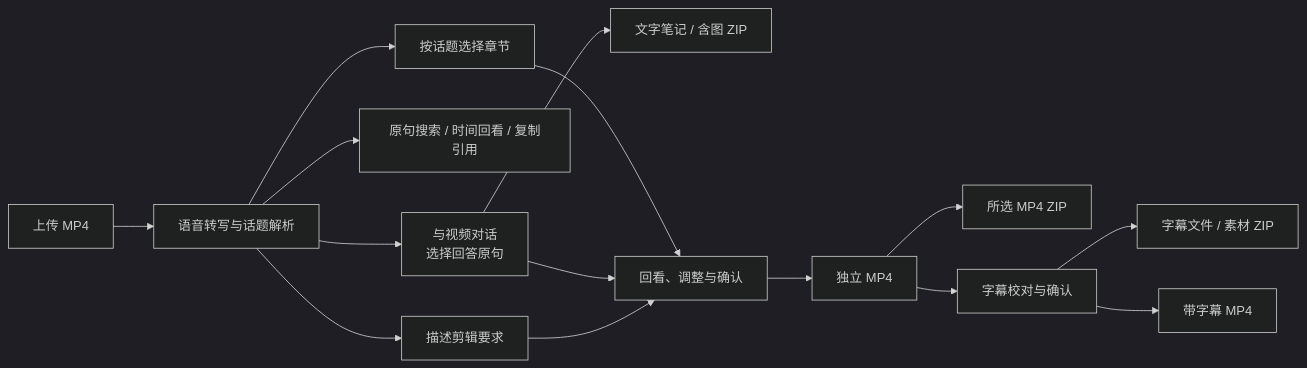
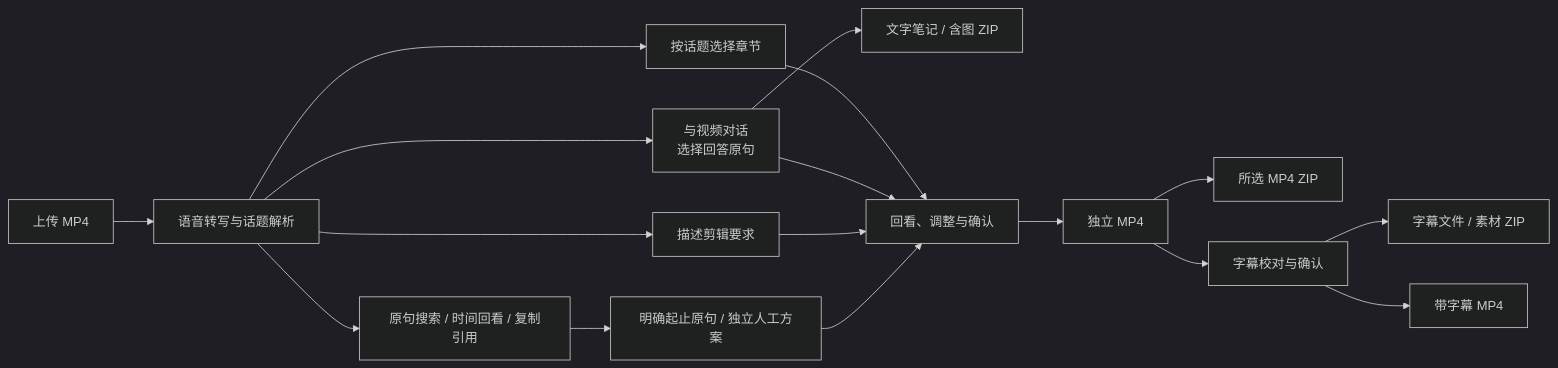
One commit to Lshiii/LiveCut-AI changed the first of 2 diagrams in README.md. Above: the diagram before and after it, drawn with Mermaid (dark theme). The commit also changed other lines of this file and 49 other files, not shown here.

````diff
--- a/README.md
+++ b/README.md
@@ -26,17 +29,19 @@
 ```mermaid
 flowchart LR
     A[上传 MP4] --> B[语音转写与话题解析]
     B --> C[按话题选择章节]
     B --> S[原句搜索 / 时间回看 / 复制引用]
+    S --> M[明确起止原句 / 独立人工方案]
     B --> D["与视频对话<br/>选择回答原句"]
     D --> N[文字笔记 / 含图 ZIP]
     B --> E[描述剪辑要求]
     C --> F[回看、调整与确认]
     D --> F
     E --> F
+    M --> F
     F --> G[独立 MP4]
     G --> K[所选 MP4 ZIP]
     G --> H[字幕校对与确认]
     H --> I[字幕文件 / 素材 ZIP]
     H --> J[带字幕 MP4]
 ```
````
